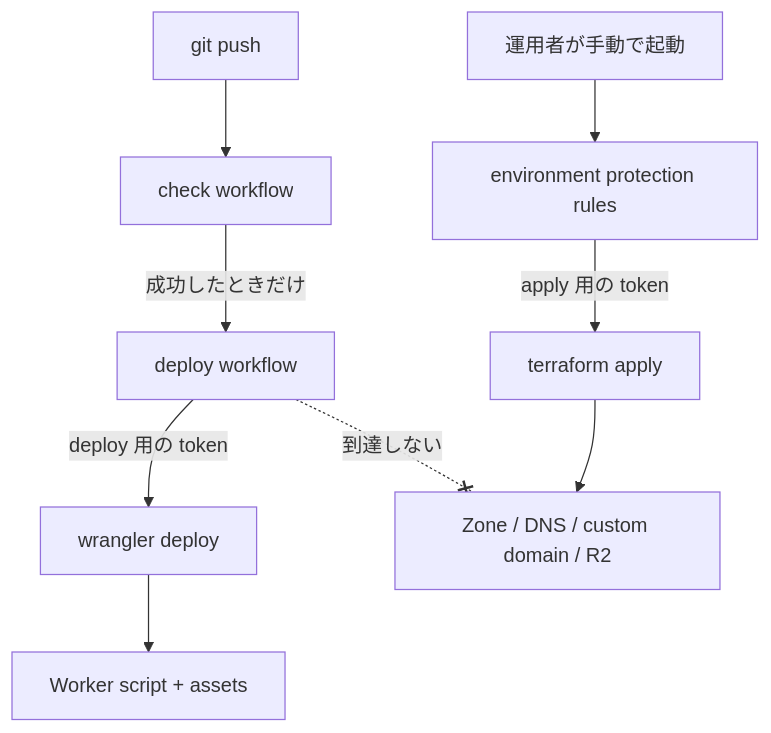
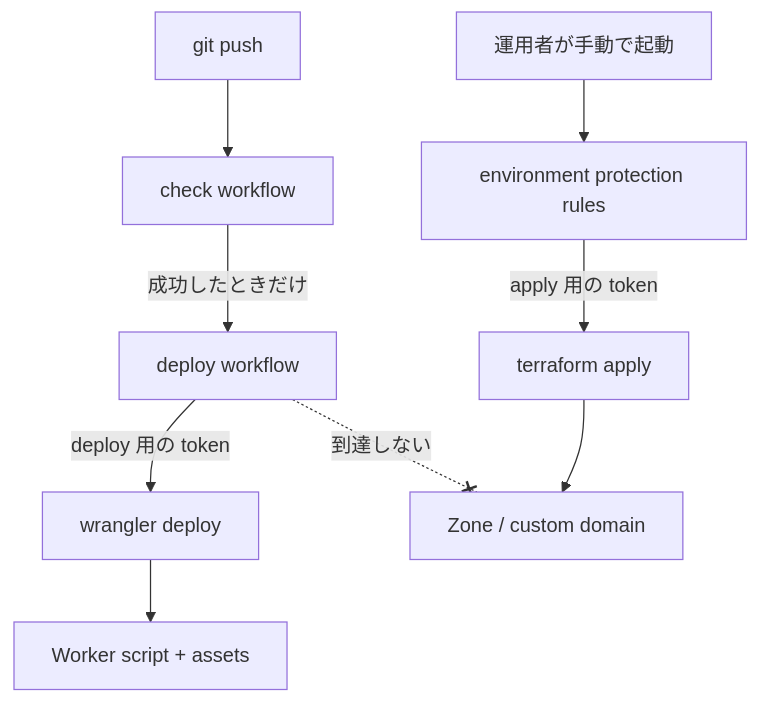
The diagram in infra/DesignDoc.md (Fukuemon/fukuemon.dev), drawn with Mermaid before and after one commit. The commit also changed other lines of this file and 15 other files, not shown here.

````diff
--- a/infra/DesignDoc.md
+++ b/infra/DesignDoc.md
@@ -41,11 +41,11 @@
 ```mermaid
 flowchart TD
     push["git push"] --> chk["check workflow"]
     chk -->|"成功したときだけ"| ci["deploy workflow"]
     ci -->|"deploy 用の token"| wd["wrangler deploy"]
     wd --> worker["Worker script + assets"]
     manual["運用者が手動で起動"] --> env["environment protection rules"]
     env -->|"apply 用の token"| tf["terraform apply"]
-    tf --> base["Zone / DNS / custom domain / R2"]
+    tf --> base["Zone / custom domain"]
     ci -. "到達しない" .-x base
 ```
````
